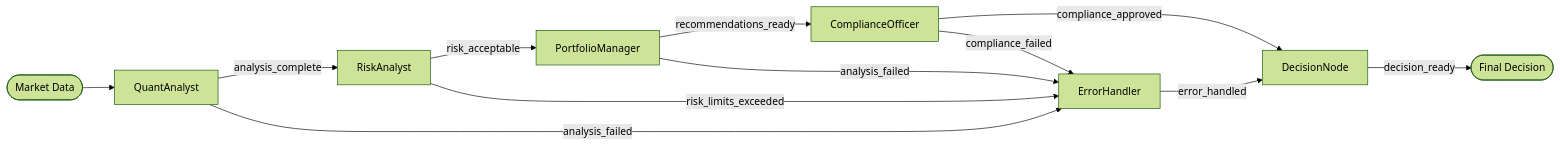
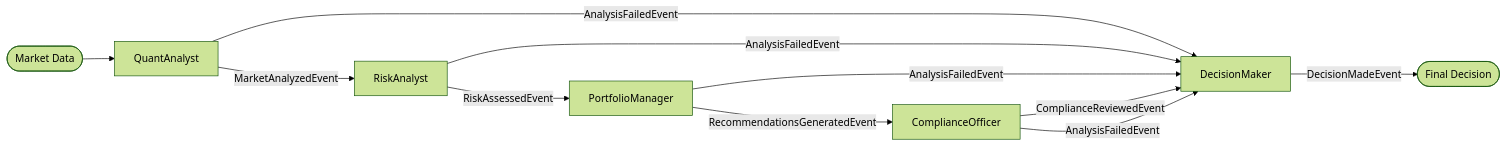
The diagram in examples/portfolio_analysis/README.md (artificial-sapience/clearflow), drawn with Mermaid (forest theme) before and after one commit. The commit also changed other lines of this file and 82 other files, not shown here.

Commit message:
feat!: Message-driven architecture with Commands, Events, and Observer pattern (#24)

````diff
--- a/examples/portfolio_analysis/README.md
+++ b/examples/portfolio_analysis/README.md
@@ -7,14 +7,13 @@
 ```mermaid
 graph LR
     Start([Market Data]) --> Q[QuantAnalyst]
-    Q -->|analysis_complete| R[RiskAnalyst]
-    Q -->|analysis_failed| E[ErrorHandler]
-    R -->|risk_acceptable| P[PortfolioManager]
-    R -->|risk_limits_exceeded| E
-    P -->|recommendations_ready| C[ComplianceOfficer]
-    P -->|analysis_failed| E
-    C -->|compliance_approved| D[DecisionNode]
-    C -->|compliance_failed| E
-    E -->|error_handled| D
-    D -->|decision_ready| End([Final Decision])
+    Q -->|MarketAnalyzedEvent| R[RiskAnalyst]
+    Q -->|AnalysisFailedEvent| D[DecisionMaker]
+    R -->|RiskAssessedEvent| P[PortfolioManager]
+    R -->|AnalysisFailedEvent| D
+    P -->|RecommendationsGeneratedEvent| C[ComplianceOfficer]
+    P -->|AnalysisFailedEvent| D
+    C -->|ComplianceReviewedEvent| D
+    C -->|AnalysisFailedEvent| D
+    D -->|DecisionMadeEvent| End([Final Decision])
 ```
````
